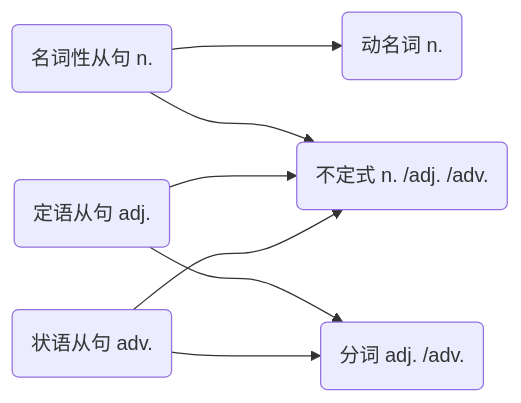
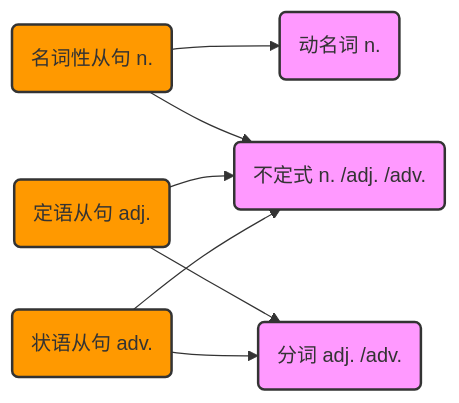
One commit to suhan42/cs-408 changed the diagram in dessert/英语语法.md. Above: the diagram before and after it, drawn with Mermaid. The commit also changed other lines of this file and 4 other files, not shown here.

````diff
--- a/dessert/英语语法.md
+++ b/dessert/英语语法.md
@@ -1420,9 +1424,12 @@
 ```mermaid
 graph LR
-a(名词性从句 n.)--->1(动名词 n.)
-a(名词性从句 n.)--->2(不定式 n. /adj. /adv.)
-b(定语从句 adj.)-->2(不定式 n. /adj. /adv.)
-b(定语从句 adj.)--->3(分词 adj. /adv.)
-c(状语从句 adv.)--->3(分词 adj. /adv.)
-c(状语从句 adv.)--->2(不定式 n. /adj. /adv.)
+
+a(名词性从句 n.)-->1(动名词 n.) & 2(不定式 n. /adj. /adv.)
+b(定语从句 adj.)-->2(不定式 n. /adj. /adv.) & 3(分词 adj. /adv.)
+c(状语从句 adv.)-->2(不定式 n. /adj. /adv.) & 3(分词 adj. /adv.)
+
+classDef congjv fill:#f90,stroke:#333,stroke-width:2px;
+class a,b,c congjv;
+classDef jianhua fill:#f9f,stroke:#333,stroke-width:2px;
+class 1,2,3 jianhua;
 ```
````
